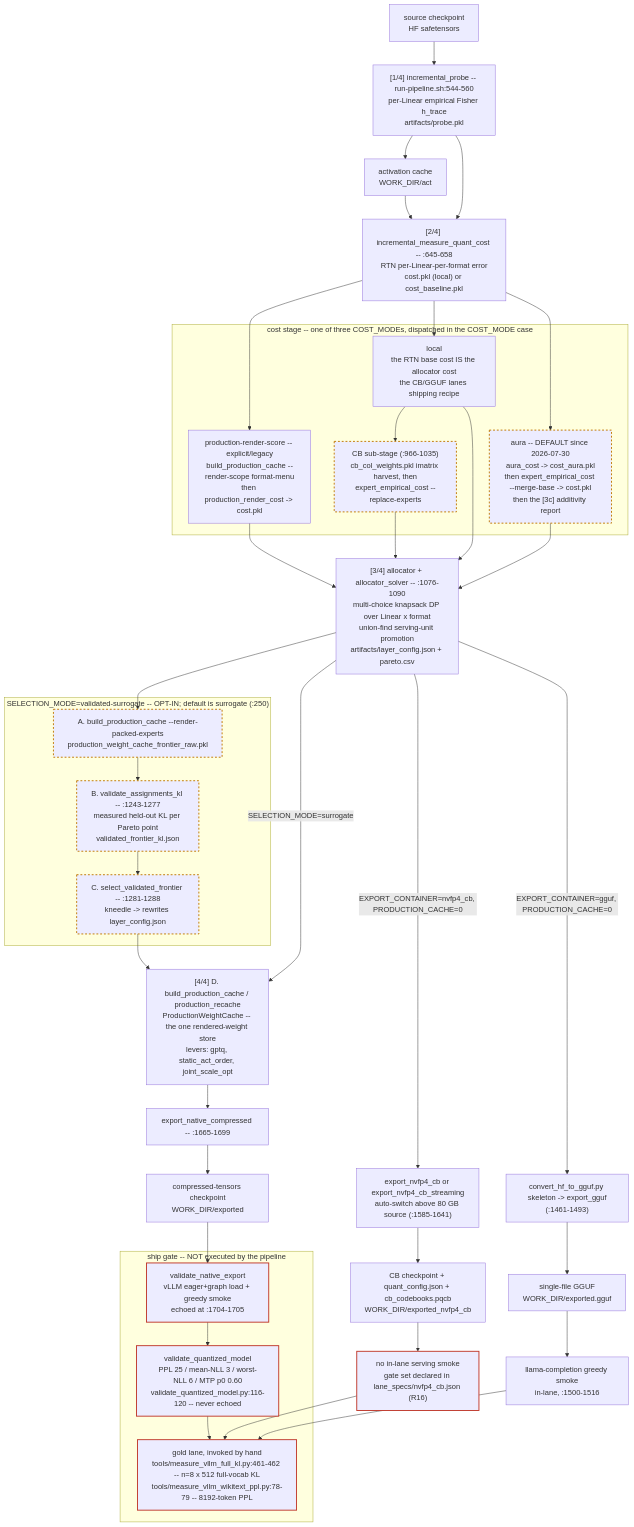
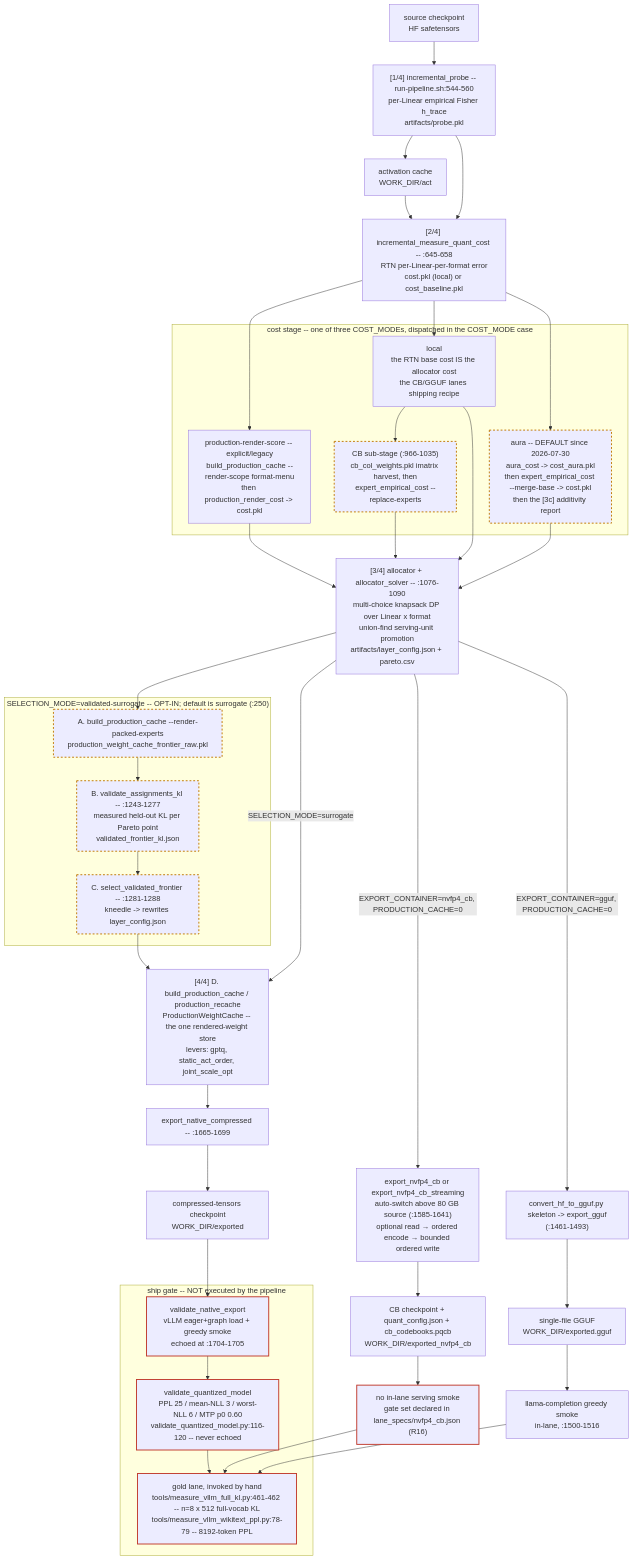
The first of 3 diagrams in docs/ARCHITECTURE.md (JeffreyLatter/prismaquant), drawn with Mermaid before and after one commit. The commit also changed other lines of this file and 4 other files, not shown here.

Commit message:
Pipeline CB streaming export stages

```diff
--- a/docs/ARCHITECTURE.md
+++ b/docs/ARCHITECTURE.md
@@ -256,7 +256,7 @@
   ALLOC -->|"SELECTION_MODE=surrogate"| PCACHE
 
   EXPCT["export_native_compressed -- :1665-1699"]
-  EXPCB["export_nvfp4_cb or export_nvfp4_cb_streaming<br/>auto-switch above 80 GB source (:1585-1641)"]
+  EXPCB["export_nvfp4_cb or export_nvfp4_cb_streaming<br/>auto-switch above 80 GB source (:1585-1641)<br/>optional read → ordered encode → bounded ordered write"]
   EXPGG["convert_hf_to_gguf.py skeleton -> export_gguf<br/>(:1461-1493)"]
 
   PCACHE --> EXPCT
```
